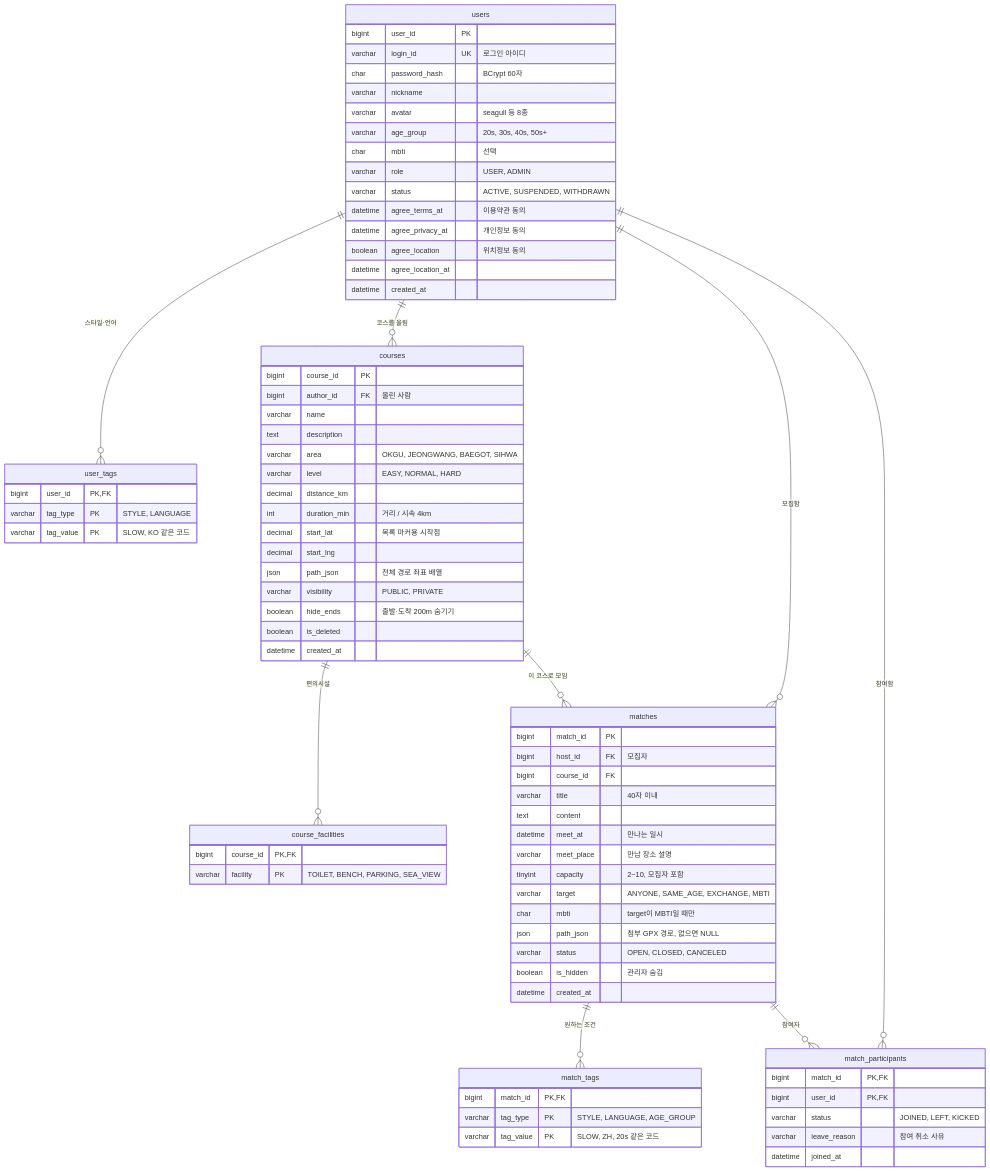
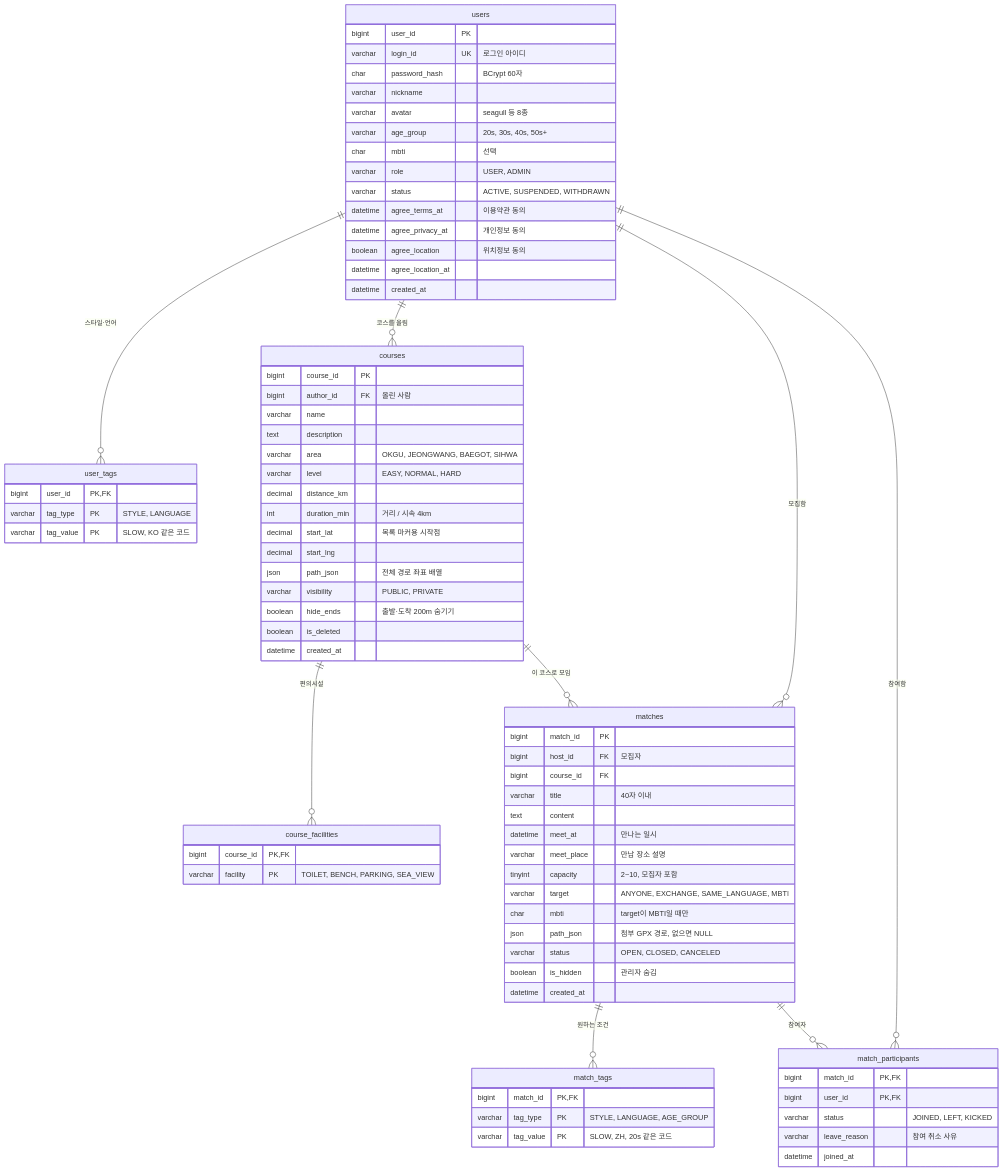
One commit to AnemoneCoronaria/Team_walk changed the diagram in docs/images/erd.mmd. Above: the diagram before and after it, drawn with Mermaid. The commit also changed 4 other files, not shown here.

First line of the commit message:
fix(db): 동행 모집 대상을 피그마 W3에 맞춤 (SAME_AGE → SAME_LANGUAGE)

```diff
--- a/docs/images/erd.mmd
+++ b/docs/images/erd.mmd
@@ -1,80 +1,80 @@
 erDiagram
     users ||--o{ user_tags : "스타일·언어"
     users ||--o{ courses : "코스를 올림"
     courses ||--o{ course_facilities : "편의시설"
     users ||--o{ matches : "모집함"
     courses ||--o{ matches : "이 코스로 모임"
     matches ||--o{ match_tags : "원하는 조건"
     matches ||--o{ match_participants : "참여자"
     users ||--o{ match_participants : "참여함"
 
     users {
         bigint user_id PK
         varchar login_id UK "로그인 아이디"
         char password_hash "BCrypt 60자"
         varchar nickname
         varchar avatar "seagull 등 8종"
         varchar age_group "20s, 30s, 40s, 50s+"
         char mbti "선택"
         varchar role "USER, ADMIN"
         varchar status "ACTIVE, SUSPENDED, WITHDRAWN"
         datetime agree_terms_at "이용약관 동의"
         datetime agree_privacy_at "개인정보 동의"
         boolean agree_location "위치정보 동의"
         datetime agree_location_at
         datetime created_at
     }
     user_tags {
         bigint user_id PK, FK
         varchar tag_type PK "STYLE, LANGUAGE"
         varchar tag_value PK "SLOW, KO 같은 코드"
     }
     courses {
         bigint course_id PK
         bigint author_id FK "올린 사람"
         varchar name
         text description
         varchar area "OKGU, JEONGWANG, BAEGOT, SIHWA"
         varchar level "EASY, NORMAL, HARD"
         decimal distance_km
         int duration_min "거리 / 시속 4km"
         decimal start_lat "목록 마커용 시작점"
         decimal start_lng
         json path_json "전체 경로 좌표 배열"
         varchar visibility "PUBLIC, PRIVATE"
         boolean hide_ends "출발·도착 200m 숨기기"
         boolean is_deleted
         datetime created_at
     }
     course_facilities {
         bigint course_id PK, FK
         varchar facility PK "TOILET, BENCH, PARKING, SEA_VIEW"
     }
     matches {
         bigint match_id PK
         bigint host_id FK "모집자"
         bigint course_id FK
         varchar title "40자 이내"
         text content
         datetime meet_at "만나는 일시"
         varchar meet_place "만남 장소 설명"
         tinyint capacity "2~10, 모집자 포함"
-        varchar target "ANYONE, SAME_AGE, EXCHANGE, MBTI"
+        varchar target "ANYONE, EXCHANGE, SAME_LANGUAGE, MBTI"
         char mbti "target이 MBTI일 때만"
         json path_json "첨부 GPX 경로, 없으면 NULL"
         varchar status "OPEN, CLOSED, CANCELED"
         boolean is_hidden "관리자 숨김"
         datetime created_at
     }
     match_tags {
         bigint match_id PK, FK
         varchar tag_type PK "STYLE, LANGUAGE, AGE_GROUP"
         varchar tag_value PK "SLOW, ZH, 20s 같은 코드"
     }
     match_participants {
         bigint match_id PK, FK
         bigint user_id PK, FK
         varchar status "JOINED, LEFT, KICKED"
         varchar leave_reason "참여 취소 사유"
         datetime joined_at
     }
```
